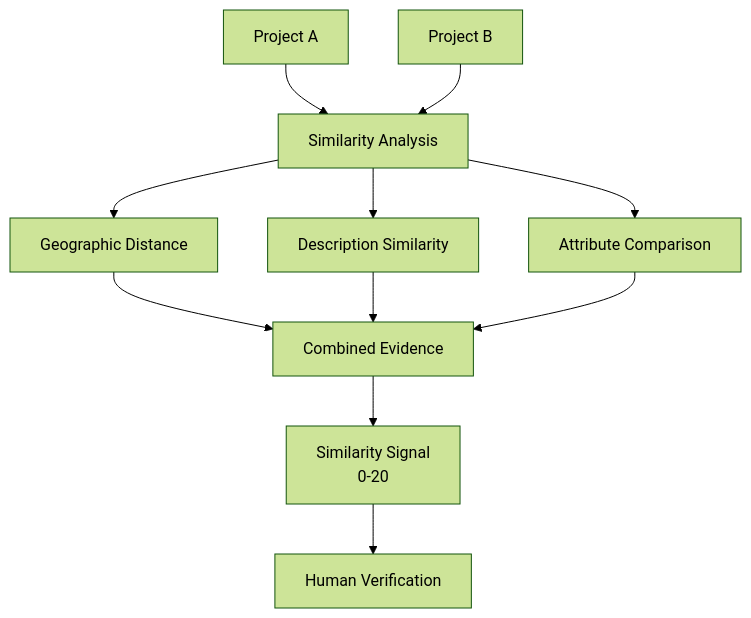
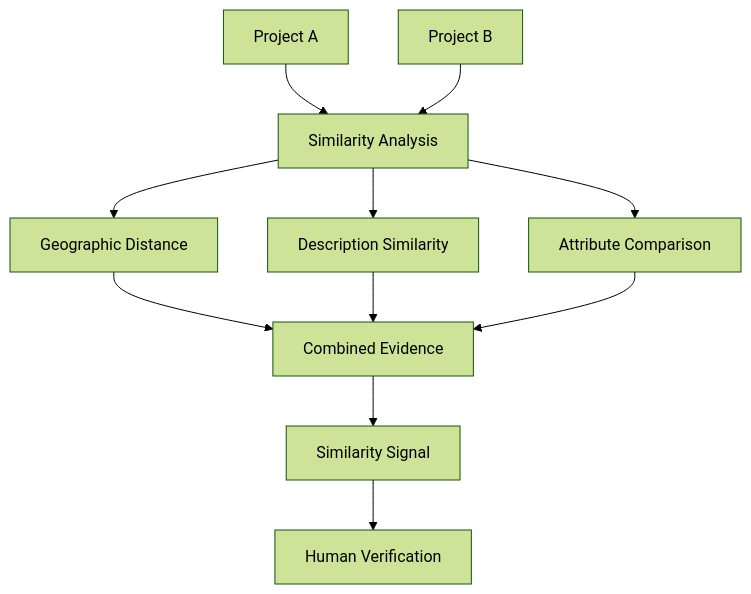
One commit to the-nidhi-bhat/mplads-sentinel changed the fifth of 17 diagrams in README.md. Above: the diagram before and after it, drawn with Mermaid (forest theme). The commit also changed other lines of this file, not shown here.

````diff
--- a/README.md
+++ b/README.md
@@ -219,16 +226,13 @@
 ```mermaid
 flowchart TB
     A["Project A"] --> C["Similarity Analysis"]
     B["Project B"] --> C
-
     C --> D["Geographic Distance"]
     C --> E["Description Similarity"]
     C --> F["Attribute Comparison"]
-
     D --> G["Combined Evidence"]
     E --> G
     F --> G
-
-    G --> H["Similarity Signal<br/>0-20"]
+    G --> H["Similarity Signal"]
     H --> I["Human Verification"]
 ```
````
